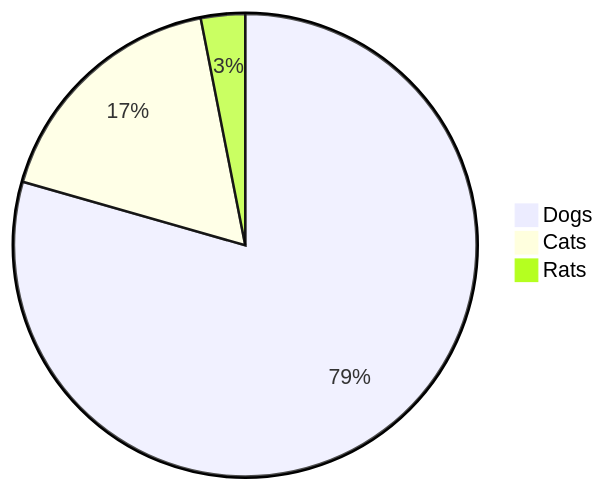
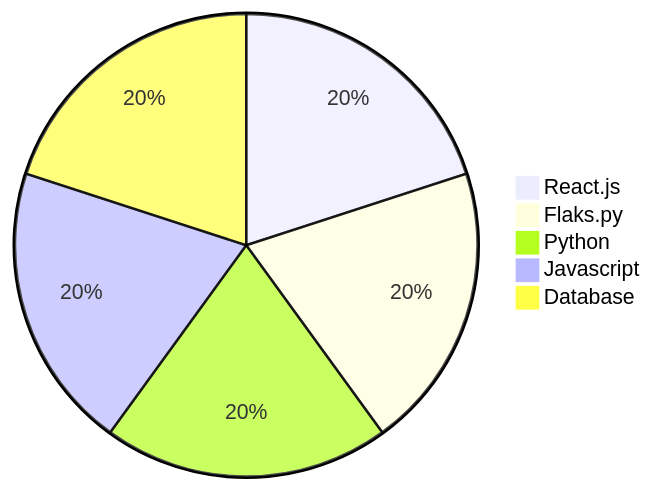
Before and after one commit to SauloCandeira/SauloCandeira: the diagram in README.md, drawn with Mermaid.

````diff
--- a/README.md
+++ b/README.md
@@ -66,6 +66,8 @@
 ```mermaid
 pie
-"Dogs" : 386
-"Cats" : 85
-"Rats" : 15
+"React.js" : 20
+"Flaks.py" : 20
+"Python" : 20
+"Javascript" : 20
+"Database" : 20
 ```
````
